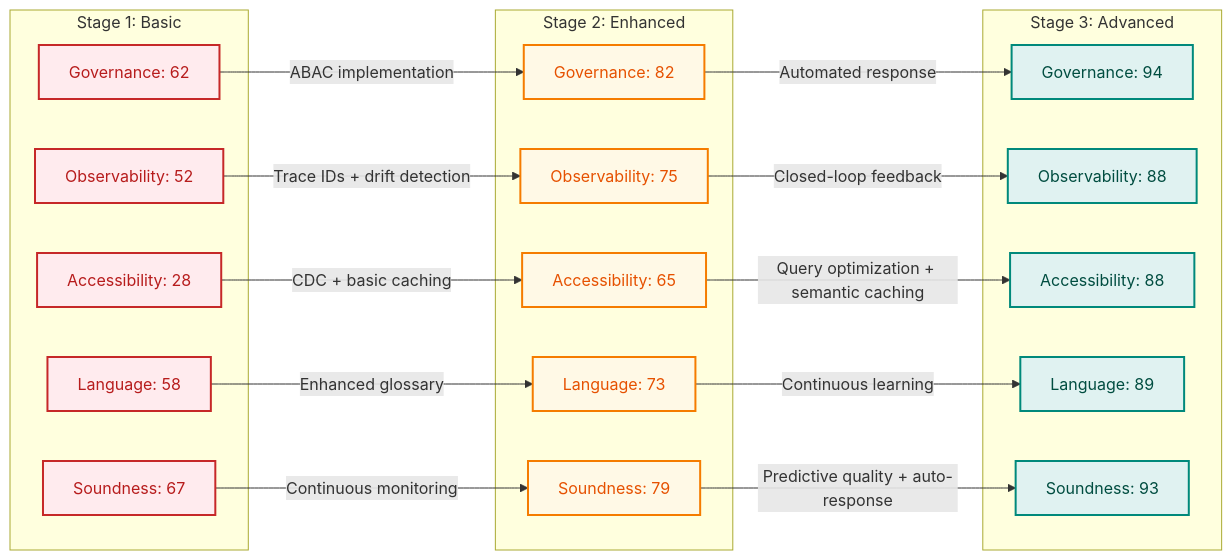
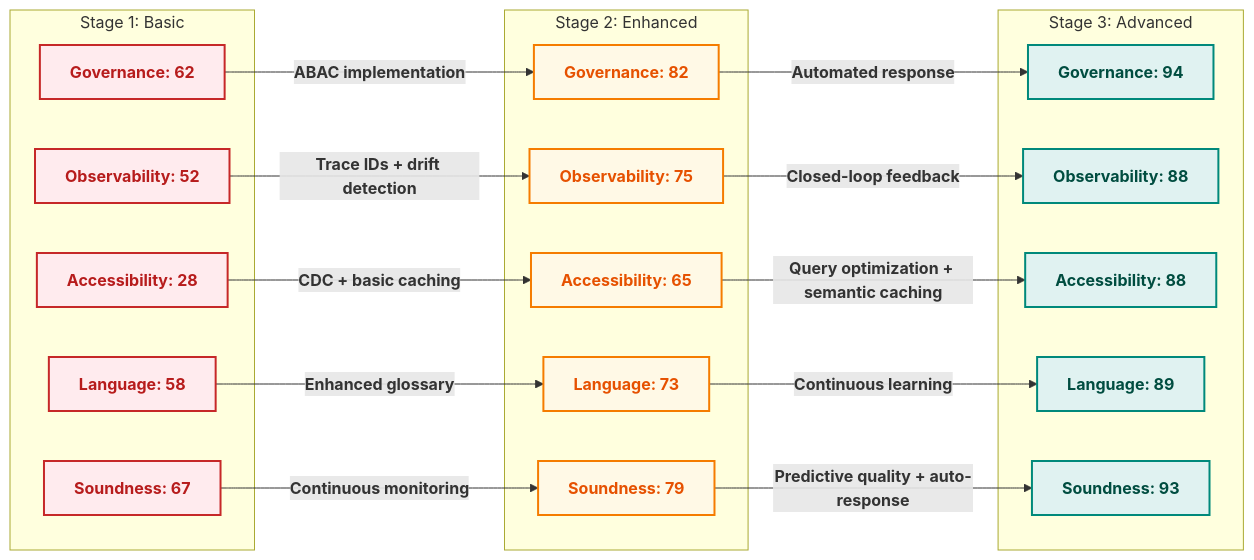
One commit to colaberry/enterprise-data-readiness-ai-agents changed diagram 11 of 11 in chapter-02/chapter_2_complete.md. Above: the diagram before and after it, drawn with Mermaid. The commit also changed other lines of this file and 1 other file, not shown here.

````diff
--- a/chapter-02/chapter_2_complete.md
+++ b/chapter-02/chapter_2_complete.md
@@ -1711,59 +1669,59 @@
 ```mermaid
 graph LR
     subgraph "Stage 1: Basic"
-        G1["Governance: 62"]
-        O1["Observability: 52"]
-        A1["Accessibility: 28"]
-        L1["Language: 58"]
-        S1["Soundness: 67"]
+        G1["<b>Governance: 62</b>"]
+        O1["<b>Observability: 52</b>"]
+        A1["<b>Accessibility: 28</b>"]
+        L1["<b>Language: 58</b>"]
+        S1["<b>Soundness: 67</b>"]
     end
     
     subgraph "Stage 2: Enhanced"
-        G2["Governance: 82"]
-        O2["Observability: 75"]
-        A2["Accessibility: 65"]
-        L2["Language: 73"]
-        S2["Soundness: 79"]
+        G2["<b>Governance: 82</b>"]
+        O2["<b>Observability: 75</b>"]
+        A2["<b>Accessibility: 65</b>"]
+        L2["<b>Language: 73</b>"]
+        S2["<b>Soundness: 79</b>"]
     end
     
     subgraph "Stage 3: Advanced"
-        G3["Governance: 94"]
-        O3["Observability: 88"]
-        A3["Accessibility: 88"]
-        L3["Language: 89"]
-        S3["Soundness: 93"]
+        G3["<b>Governance: 94</b>"]
+        O3["<b>Observability: 88</b>"]
+        A3["<b>Accessibility: 88</b>"]
+        L3["<b>Language: 89</b>"]
+        S3["<b>Soundness: 93</b>"]
     end
     
-    G1 -->|ABAC implementation| G2
-    G2 -->|Automated response| G3
+    G1 -->|<b>ABAC implementation</b>| G2
+    G2 -->|<b>Automated response</b>| G3
     
-    O1 -->|Trace IDs + drift detection| O2
-    O2 -->|Closed-loop feedback| O3
+    O1 -->|<b>Trace IDs + drift detection</b>| O2
+    O2 -->|<b>Closed-loop feedback</b>| O3
     
-    A1 -->|CDC + basic caching| A2
-    A2 -->|Query optimization + semantic caching| A3
+    A1 -->|<b>CDC + basic caching</b>| A2
+    A2 -->|<b>Query optimization + semantic caching</b>| A3
     
-    L1 -->|Enhanced glossary| L2
-    L2 -->|Continuous learning| L3
+    L1 -->|<b>Enhanced glossary</b>| L2
+    L2 -->|<b>Continuous learning</b>| L3
     
-    S1 -->|Continuous monitoring| S2
-    S2 -->|Predictive quality + auto-response| S3
+    S1 -->|<b>Continuous monitoring</b>| S2
+    S2 -->|<b>Predictive quality + auto-response</b>| S3
     
     style G1 fill:#ffebee,stroke:#c62828,stroke-width:2px,color:#b71c1c
     style O1 fill:#ffebee,stroke:#c62828,stroke-width:2px,color:#b71c1c
     style A1 fill:#ffebee,stroke:#c62828,stroke-width:2px,color:#b71c1c
     style L1 fill:#ffebee,stroke:#c62828,stroke-width:2px,color:#b71c1c
     style S1 fill:#ffebee,stroke:#c62828,stroke-width:2px,color:#b71c1c
     
     style G2 fill:#fff9e6,stroke:#f57c00,stroke-width:2px,color:#e65100
     style O2 fill:#fff9e6,stroke:#f57c00,stroke-width:2px,color:#e65100
     style A2 fill:#fff9e6,stroke:#f57c00,stroke-width:2px,color:#e65100
     style L2 fill:#fff9e6,stroke:#f57c00,stroke-width:2px,color:#e65100
     style S2 fill:#fff9e6,stroke:#f57c00,stroke-width:2px,color:#e65100
     
     style G3 fill:#e0f2f1,stroke:#00897b,stroke-width:2px,color:#004d40
     style O3 fill:#e0f2f1,stroke:#00897b,stroke-width:2px,color:#004d40
     style A3 fill:#e0f2f1,stroke:#00897b,stroke-width:2px,color:#004d40
     style L3 fill:#e0f2f1,stroke:#00897b,stroke-width:2px,color:#004d40
     style S3 fill:#e0f2f1,stroke:#00897b,stroke-width:2px,color:#004d40
 ```
````
